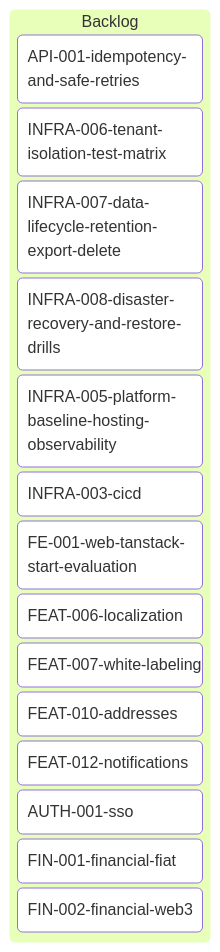
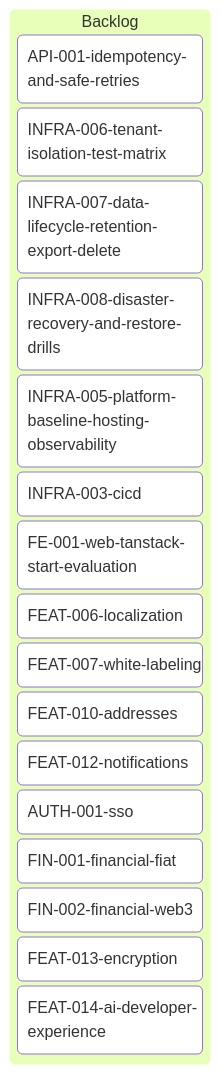
The diagram in tickets/kanban-backlog.md (inixiative/template), drawn with Mermaid before and after one commit. The commit also changed other lines of this file and 3 other files, not shown here.

First line of the commit message:
feat(tickets): add encryption and AI developer experience feature tickets

````diff
--- a/tickets/kanban-backlog.md
+++ b/tickets/kanban-backlog.md
@@ -3,23 +3,25 @@
 ```mermaid
 ---
 config:
   kanban:
     ticketBaseUrl: 'https://github.com/yourorg/template/blob/main/tickets/#TICKET#'
 ---
 kanban
   Backlog
     API-001-idempotency-and-safe-retries
     INFRA-006-tenant-isolation-test-matrix
     INFRA-007-data-lifecycle-retention-export-delete
     INFRA-008-disaster-recovery-and-restore-drills
     INFRA-005-platform-baseline-hosting-observability
     INFRA-003-cicd
     FE-001-web-tanstack-start-evaluation
     FEAT-006-localization
     FEAT-007-white-labeling
     FEAT-010-addresses
     FEAT-012-notifications
     AUTH-001-sso
     FIN-001-financial-fiat
     FIN-002-financial-web3
+    FEAT-013-encryption
+    FEAT-014-ai-developer-experience
 ```
````
